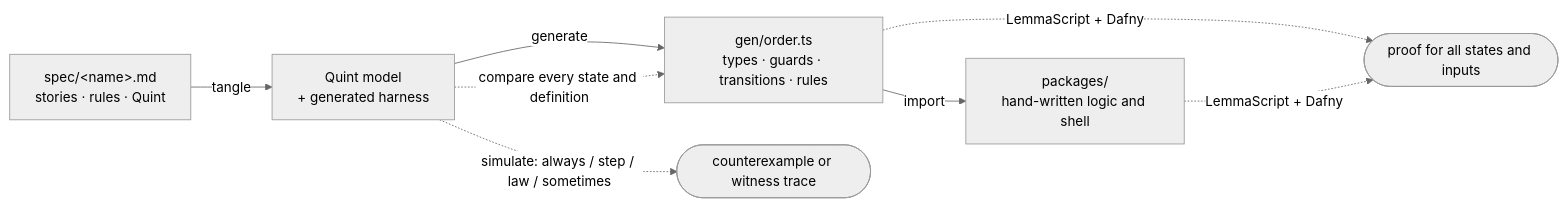
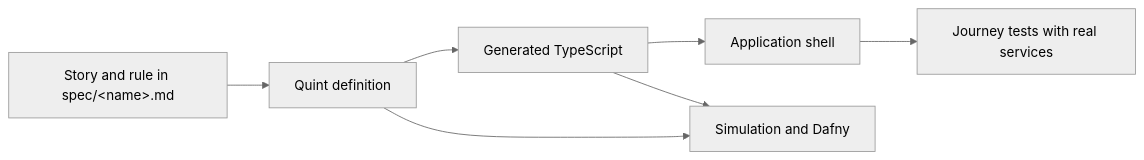
Before and after one commit to eliza-research/thenetwork: the diagram in README.md, drawn with Mermaid (neutral theme). The commit also changed other lines of this file and 4 other files, not shown here.

````diff
--- a/README.md
+++ b/README.md
@@ -34,16 +29,9 @@
 ```mermaid
 flowchart LR
-  spec["spec/&lt;name&gt;.md<br/>stories · rules · Quint"]
-  qnt["Quint model<br/>+ generated harness"]
-  ts["gen/order.ts<br/>types · guards · transitions · rules"]
-  app["packages/<br/>hand-written logic and shell"]
-
-  spec -- tangle --> qnt
-  qnt -- generate --> ts
-  ts -- import --> app
-
-  qnt -. "simulate: always / step / law / sometimes" .-> v1([counterexample or witness trace])
-  qnt -. "compare every state and definition" .-> ts
-  ts -. "LemmaScript + Dafny" .-> v2([proof for all states and inputs])
-  app -. "LemmaScript + Dafny" .-> v2
+  spec["Story and rule in spec/&lt;name&gt;.md"] --> quint["Quint definition"]
+  quint --> gen["Generated TypeScript"]
+  gen --> app["Application shell"]
+  quint --> checks["Simulation and Dafny"]
+  gen --> checks
+  app --> test["Journey tests with real services"]
 ```
````
